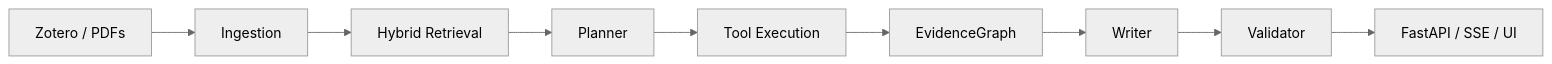
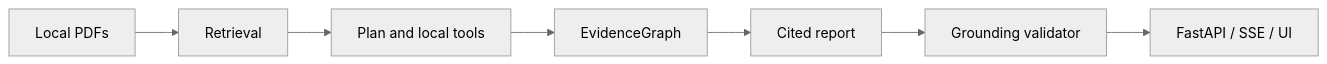
The diagram in README.md (jun346105-art/research-literature-workflow), drawn with Mermaid (neutral theme) before and after one commit. The commit also changed other lines of this file and 2 other files, not shown here.

````diff
--- a/README.md
+++ b/README.md
@@ -48,11 +69,9 @@
 ```mermaid
 flowchart LR
-  A[Zotero / PDFs] --> B[Ingestion]
-  B --> C[Hybrid Retrieval]
-  C --> D[Planner]
-  D --> E[Tool Execution]
-  E --> F[EvidenceGraph]
-  F --> G[Writer]
-  G --> H[Validator]
-  H --> I[FastAPI / SSE / UI]
+  A[Local PDFs] --> B[Retrieval]
+  B --> C[Plan and local tools]
+  C --> D[EvidenceGraph]
+  D --> E[Cited report]
+  E --> F[Grounding validator]
+  F --> G[FastAPI / SSE / UI]
 ```
````
